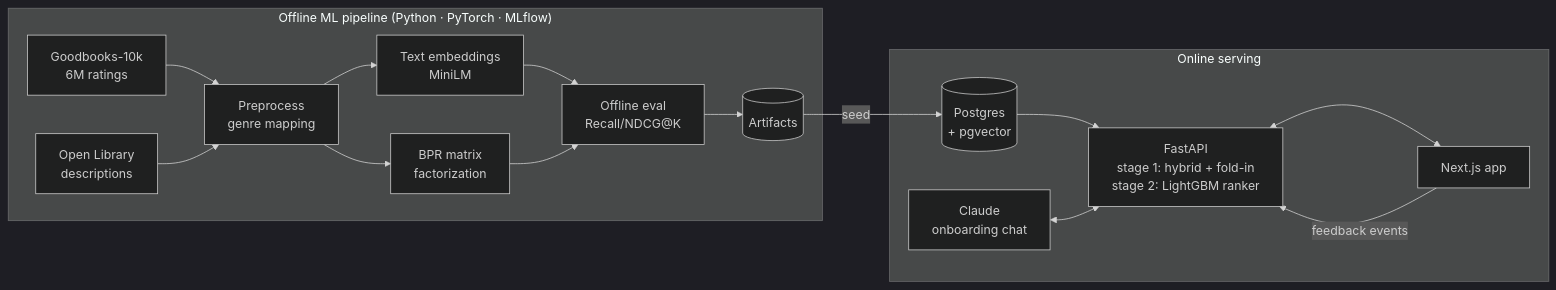
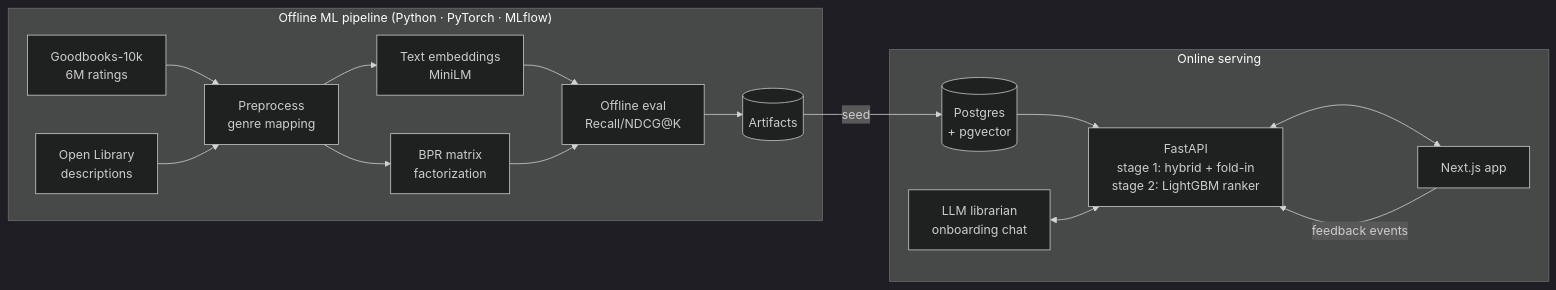
Before and after one commit to basharfkhan/alexandria: the diagram in README.md, drawn with Mermaid (dark theme). The commit also changed other lines of this file and 17 other files, not shown here.

````diff
--- a/README.md
+++ b/README.md
@@ -27,18 +27,18 @@
 ```mermaid
 flowchart LR
     subgraph Offline["Offline ML pipeline (Python · PyTorch · MLflow)"]
         D[Goodbooks-10k<br/>6M ratings] --> P[Preprocess<br/>genre mapping]
         OL[Open Library<br/>descriptions] --> P
         P --> E[Text embeddings<br/>MiniLM]
         P --> B[BPR matrix<br/>factorization]
         E & B --> EV[Offline eval<br/>Recall/NDCG@K]
         EV --> A[(Artifacts)]
     end
     A -- seed --> DB[(Postgres<br/>+ pgvector)]
     subgraph Online["Online serving"]
         DB --> API[FastAPI<br/>stage 1: hybrid + fold-in<br/>stage 2: LightGBM ranker]
-        LLM[Claude<br/>onboarding chat] <--> API
+        LLM[LLM librarian<br/>onboarding chat] <--> API
         API <--> WEB[Next.js app]
     end
     WEB -- feedback events --> API
 ```
````
